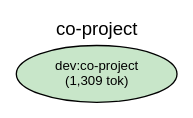
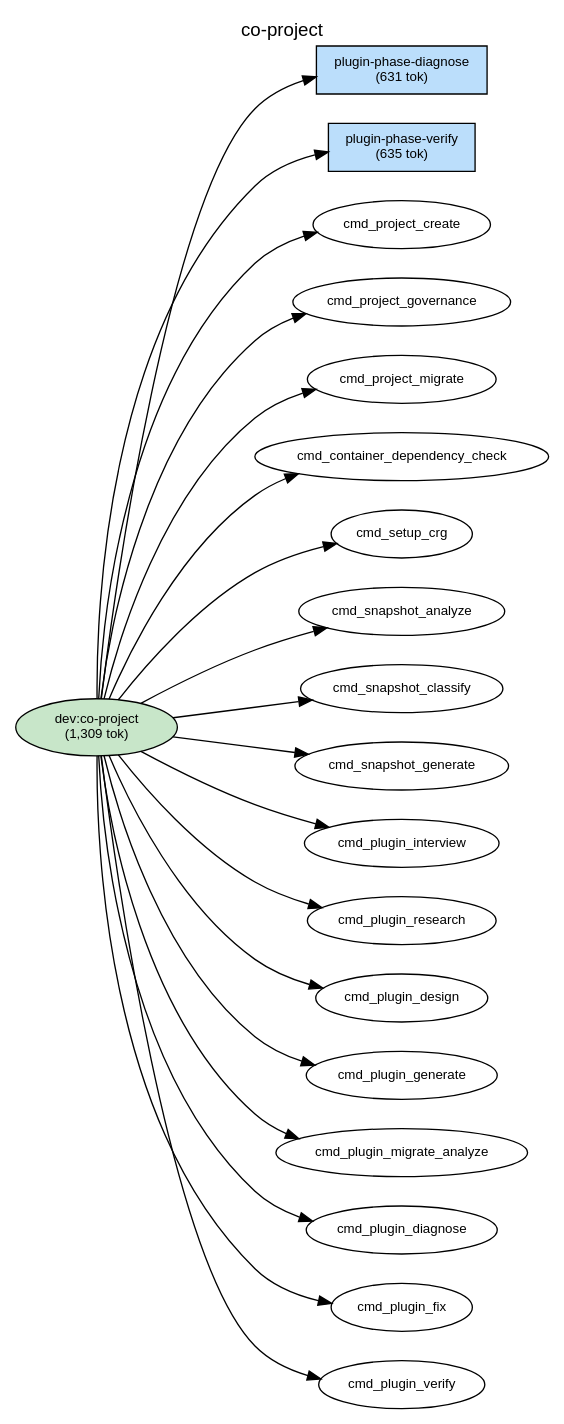
Before and after one commit to shuu5/twill: the diagram in plugins/dev/docs/deps-co-project.dot, drawn with Graphviz. The commit also changed 73 other files, not shown here.

```diff
--- a/plugins/dev/docs/deps-co-project.dot
+++ b/plugins/dev/docs/deps-co-project.dot
@@ -1,37 +1,61 @@
 digraph Dependencies {
     // Graph settings
     rankdir=LR;
     ranksep=0.8;
     nodesep=0.3;
     fontname="Helvetica";
     node [fontname="Helvetica", fontsize=10];
     edge [fontname="Helvetica", fontsize=9];
     label="co-project";
     labelloc=t;
     fontsize=14;
 
     // L0: Controller Skills
     skill_co_project [label="dev:co-project\n(1,309 tok)", shape=ellipse, style=filled, fillcolor="#c8e6c9"];
 
     // L0: Launchers
 
     // L0.5: Workflow Skills
 
     // Reference Skills
 
     // L1: Direct Commands
+    cmd_plugin_phase_diagnose [label="plugin-phase-diagnose\n(631 tok)", shape=box, style=filled, fillcolor="#bbdefb"];
+    cmd_plugin_phase_verify [label="plugin-phase-verify\n(635 tok)", shape=box, style=filled, fillcolor="#bbdefb"];
 
     // L2: Sub Commands
 
     // L3: Agents
 
     // L3.5: Scripts
 
     // L4: External
 
     // Layer constraints
     { rank=same; skill_co_project; }
+    { rank=same; cmd_plugin_phase_diagnose; cmd_plugin_phase_verify; }
 
     // Edges
+    skill_co_project -> cmd_project_create;
+    skill_co_project -> cmd_project_governance;
+    skill_co_project -> cmd_project_migrate;
+    skill_co_project -> cmd_container_dependency_check;
+    skill_co_project -> cmd_setup_crg;
+    skill_co_project -> cmd_snapshot_analyze;
+    skill_co_project -> cmd_snapshot_classify;
+    skill_co_project -> cmd_snapshot_generate;
+    skill_co_project -> cmd_plugin_interview;
+    skill_co_project -> cmd_plugin_research;
+    skill_co_project -> cmd_plugin_design;
+    skill_co_project -> cmd_plugin_generate;
+    skill_co_project -> cmd_plugin_migrate_analyze;
+    skill_co_project -> cmd_plugin_diagnose;
+    skill_co_project -> cmd_plugin_fix;
+    skill_co_project -> cmd_plugin_verify;
+    skill_co_project -> cmd_plugin_phase_diagnose;
+    skill_co_project -> cmd_plugin_phase_verify;
+
+    // Ordering constraints (invisible edges)
+    cmd_plugin_phase_diagnose -> cmd_plugin_phase_verify [style=invis, weight=10];
 
 }
```
